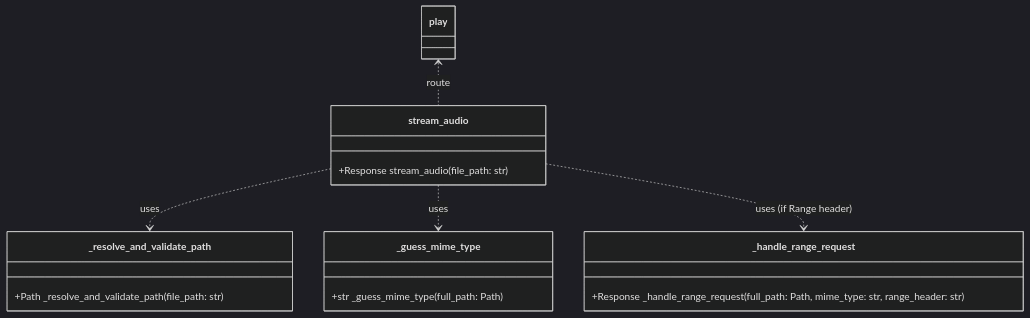
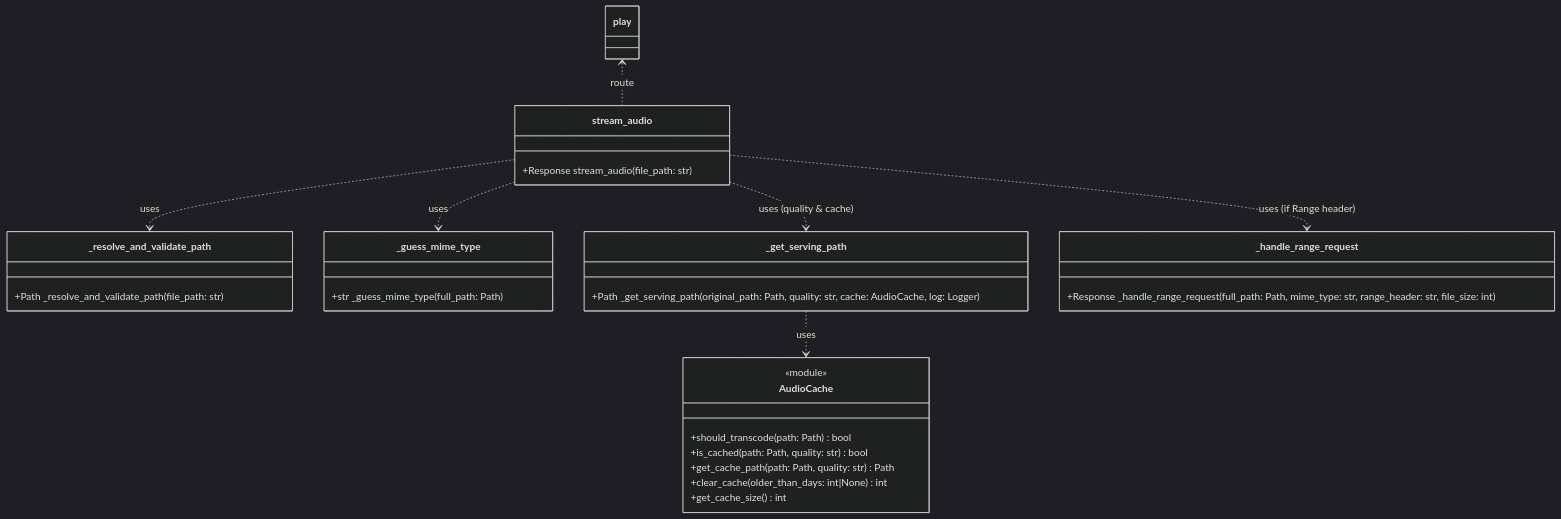
One commit to mark-me/mixtape-society changed the second of 3 diagrams in docs/development/routes/playback.md. Above: the diagram before and after it, drawn with Mermaid (dark theme). The commit also changed other lines of this file and 1 other file, not shown here.

````diff
--- a/docs/development/routes/playback.md
+++ b/docs/development/routes/playback.md
@@ -61,21 +155,34 @@
 ```mermaid
 classDiagram
     class play {
     }
     class stream_audio {
         +Response stream_audio(file_path: str)
     }
     class _resolve_and_validate_path {
         +Path _resolve_and_validate_path(file_path: str)
     }
     class _guess_mime_type {
         +str _guess_mime_type(full_path: Path)
     }
+    class _get_serving_path {
+        +Path _get_serving_path(original_path: Path, quality: str, cache: AudioCache, log: Logger)
+    }
     class _handle_range_request {
-        +Response _handle_range_request(full_path: Path, mime_type: str, range_header: str)
+        +Response _handle_range_request(full_path: Path, mime_type: str, range_header: str, file_size: int)
+    }
+    class AudioCache {
+        <<module>>
+        +should_transcode(path: Path) bool
+        +is_cached(path: Path, quality: str) bool
+        +get_cache_path(path: Path, quality: str) Path
+        +clear_cache(older_than_days: int|None) int
+        +get_cache_size() int
     }
     play <.. stream_audio : route
     stream_audio ..> _resolve_and_validate_path : uses
     stream_audio ..> _guess_mime_type : uses
+    stream_audio ..> _get_serving_path : uses (quality & cache)
     stream_audio ..> _handle_range_request : uses (if Range header)
+    _get_serving_path ..> AudioCache : uses
 ```
````
